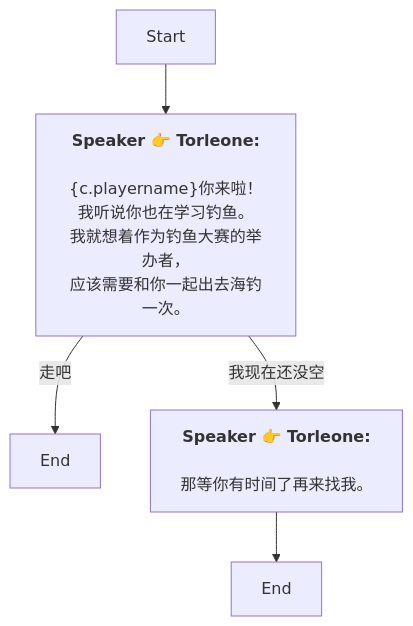
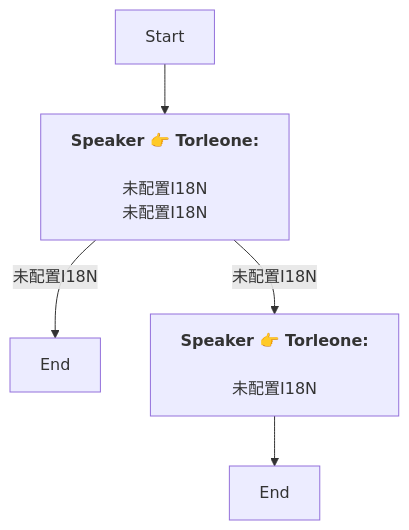
The diagram in Zh/QuestTalkObjectiveNode_1756252308078735.md (SoftHu/tos_avg), drawn with Mermaid before and after one commit. The commit also changed 730 other files, not shown here.

````diff
--- a/Zh/QuestTalkObjectiveNode_1756252308078735.md
+++ b/Zh/QuestTalkObjectiveNode_1756252308078735.md
@@ -1,12 +1,10 @@
 ```mermaid
 graph
 Start -->1756252624199884[<b>Speaker 👉 Torleone:</b>
-\n&lbrace;c.playername&rbrace;你来啦！
-我听说你也在学习钓鱼。\n我就想着作为钓鱼大赛的举办者，
-应该需要和你一起出去海钓一次。]
-1756252624199884 -->|走吧|1756252702928083[End]
-1756252624199884 -->|我现在还没空|1756252674743506[<b>Speaker 👉 Torleone:</b>
-\n那等你有时间了再来找我。]
+\n未配置I18N\n未配置I18N]
+1756252624199884 -->|未配置I18N|1756252702928083[End]
+1756252624199884 -->|未配置I18N|1756252674743506[<b>Speaker 👉 Torleone:</b>
+\n未配置I18N]
 1756252674743506 -->1756252708831444[End]
 
 ```
````
